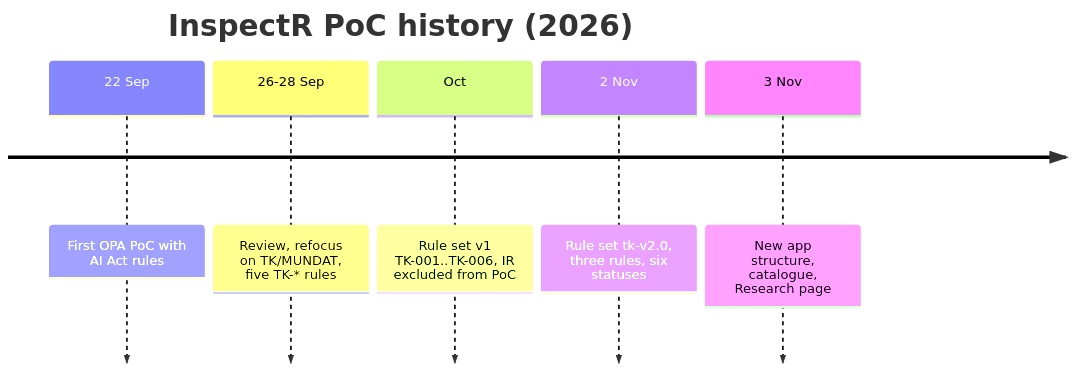
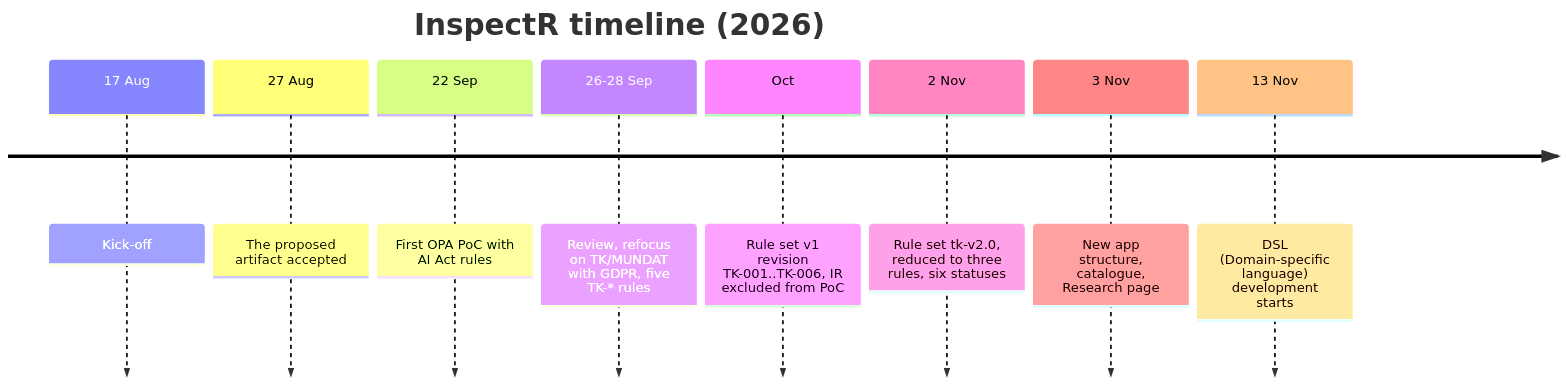
The third of 3 diagrams in docs/wiki/README.md (sirin-koca/InspectR-Final), drawn with Mermaid before and after one commit. The commit also changed other lines of this file, not shown here.

Commit message:
Updated InspectR project timeline
Updated the README to clarify the purpose and implementation details of InspectR, including changes to compliance requirement descriptions and project definitions.

````diff
--- a/docs/wiki/README.md
+++ b/docs/wiki/README.md
@@ -132,9 +132,12 @@
 ```mermaid
 timeline
-    title InspectR PoC history (2026)
+    title InspectR timeline (2026)
+   17 Aug : Kick-off
+   27 Aug : The proposed artifact accepted
     22 Sep : First OPA PoC with AI Act rules
-    26-28 Sep : Review, refocus on TK/MUNDAT, five TK-* rules
-    Oct : Rule set v1 TK-001..TK-006, IR excluded from PoC
-    2 Nov : Rule set tk-v2.0, three rules, six statuses
+    26-28 Sep : Review, refocus on TK/MUNDAT with GDPR, five TK-* rules
+    Oct : Rule set v1 revision TK-001..TK-006, IR excluded from PoC
+    2 Nov : Rule set tk-v2.0, reduced to three rules, six statuses
     3 Nov : New app structure, catalogue, Research page
+    13 Nov : DSL (Domain-specific language) development starts
 ```
````
